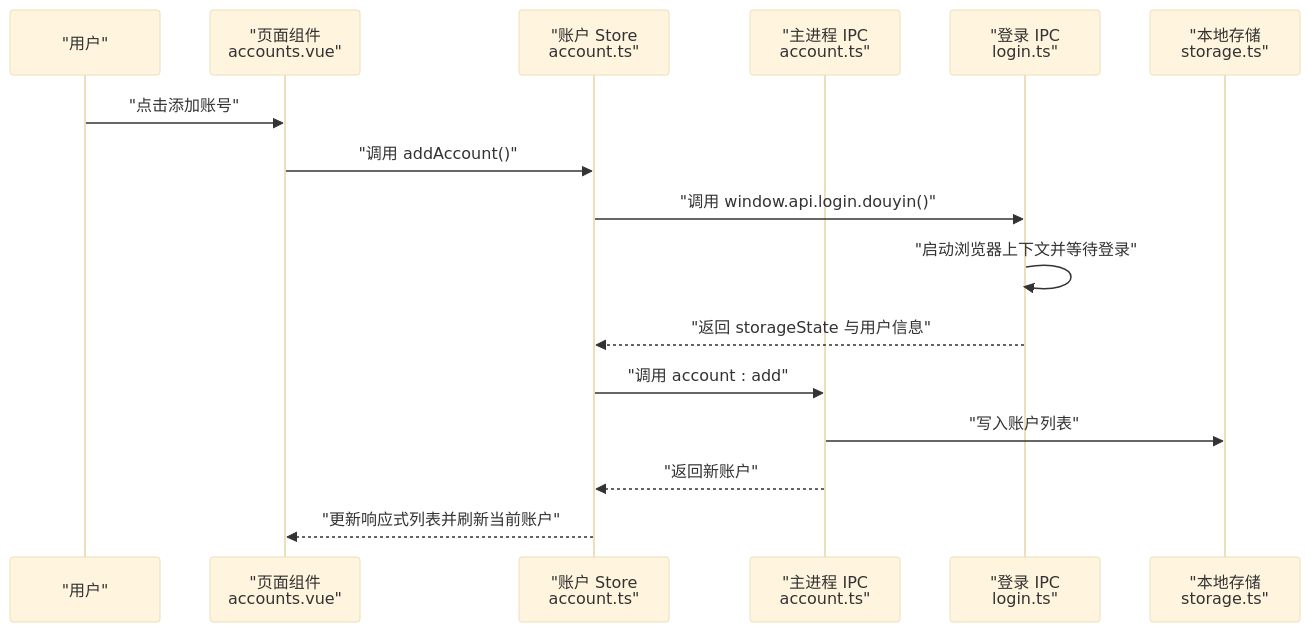
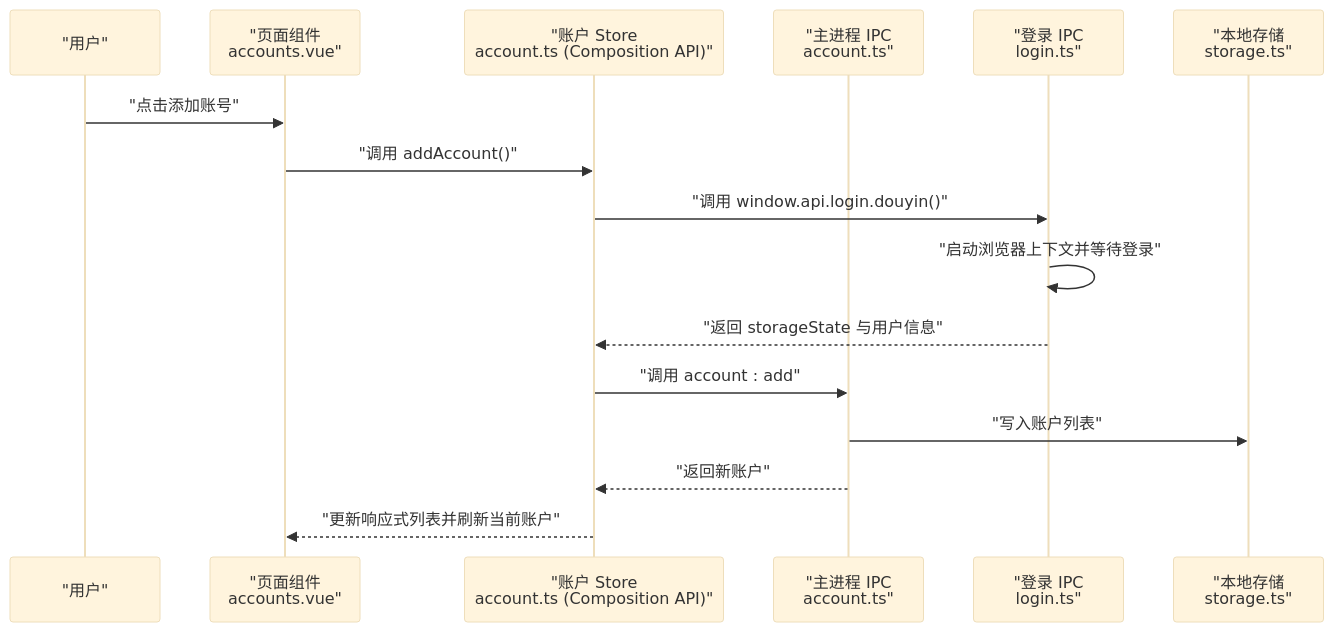
One commit to hipig/autoOps changed the second of 9 diagrams in .qoder/repowiki/zh/content/状态管理/账号状态管理.md. Above: the diagram before and after it, drawn with Mermaid (base theme). The commit also changed other lines of this file and 37 other files, not shown here.

````diff
--- a/.qoder/repowiki/zh/content/状态管理/账号状态管理.md
+++ b/.qoder/repowiki/zh/content/状态管理/账号状态管理.md
@@ -135,18 +145,18 @@
 ```mermaid
 sequenceDiagram
 participant U as "用户"
 participant V as "页面组件<br/>accounts.vue"
-participant S as "账户 Store<br/>account.ts"
+participant S as "账户 Store<br/>account.ts (Composition API)"
 participant M as "主进程 IPC<br/>account.ts"
 participant L as "登录 IPC<br/>login.ts"
 participant ST as "本地存储<br/>storage.ts"
 U->>V : "点击添加账号"
 V->>S : "调用 addAccount()"
 S->>L : "调用 window.api.login.douyin()"
 L->>L : "启动浏览器上下文并等待登录"
 L-->>S : "返回 storageState 与用户信息"
 S->>M : "调用 account : add"
 M->>ST : "写入账户列表"
 M-->>S : "返回新账户"
 S-->>V : "更新响应式列表并刷新当前账户"
 ```
````
